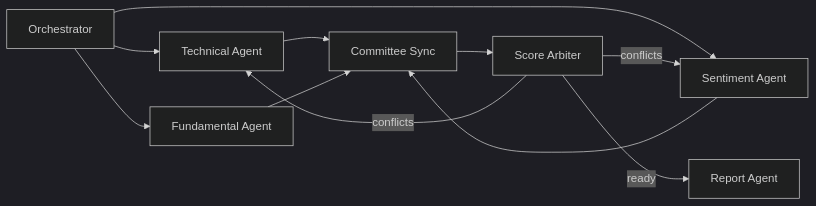
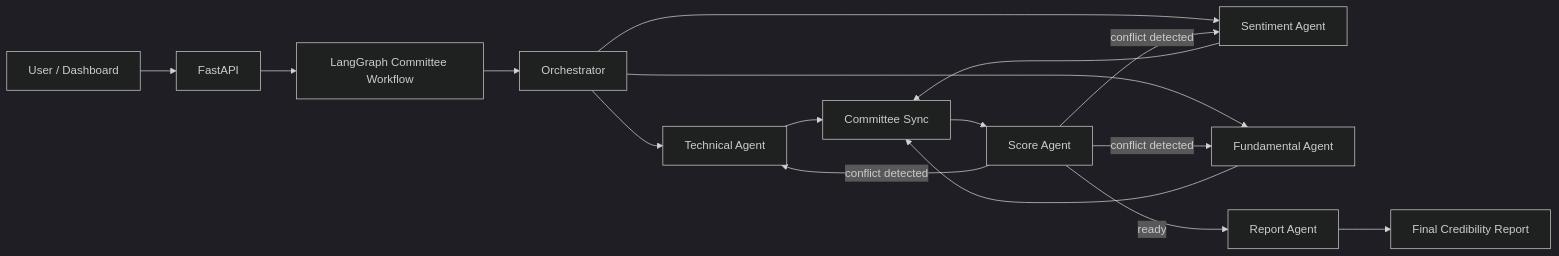
Before and after one commit to prajwalbax/stock-credibility-ai: the diagram in README.md, drawn with Mermaid (dark theme). The commit also changed other lines of this file, not shown here.

````diff
--- a/README.md
+++ b/README.md
@@ -19,13 +25,22 @@
 ```mermaid
 flowchart LR
-    O[Orchestrator] --> T[Technical Agent]
-    O --> S[Sentiment Agent]
-    O --> F[Fundamental Agent]
-    T --> C[Committee Sync]
+    U["User / Dashboard"] --> API["FastAPI"]
+    API --> G["LangGraph Committee Workflow"]
+
+    G --> O["Orchestrator"]
+    O --> T["Technical Agent"]
+    O --> S["Sentiment Agent"]
+    O --> F["Fundamental Agent"]
+
+    T --> C["Committee Sync"]
     S --> C
     F --> C
-    C --> A[Score Arbiter]
-    A -->|conflicts| T
-    A -->|conflicts| S
-    A -->|ready| R[Report Agent]
+
+    C --> A["Score Agent"]
+    A -->|"conflict detected"| T
+    A -->|"conflict detected"| S
+    A -->|"conflict detected"| F
+    A -->|"ready"| R["Report Agent"]
+
+    R --> OUT["Final Credibility Report"]
 ```
````
